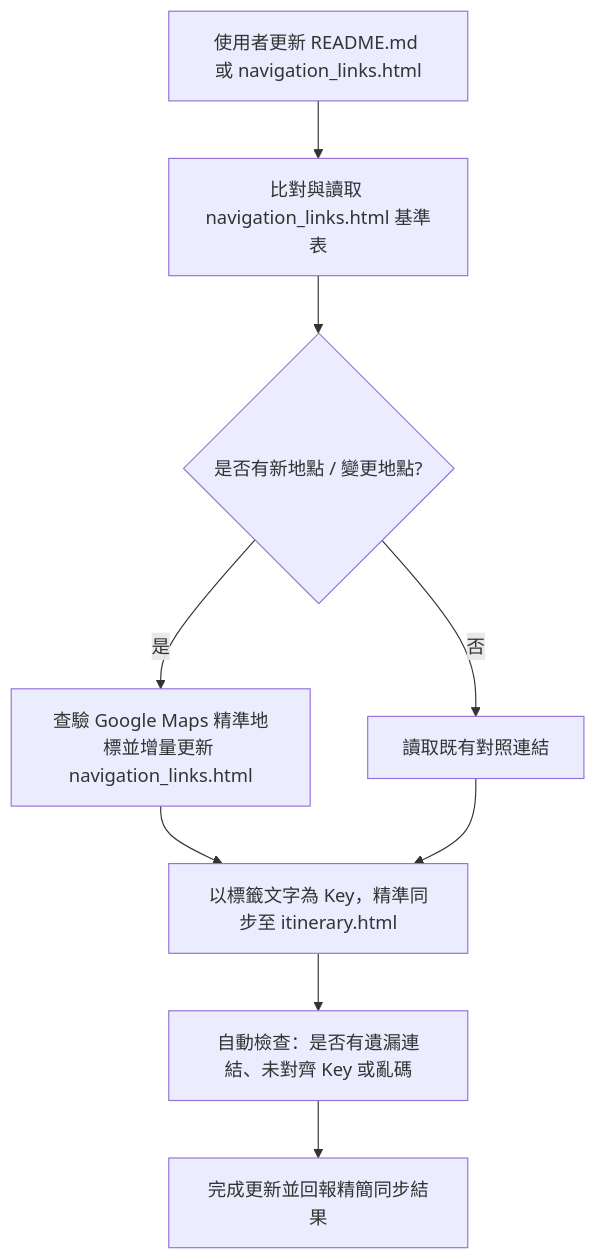
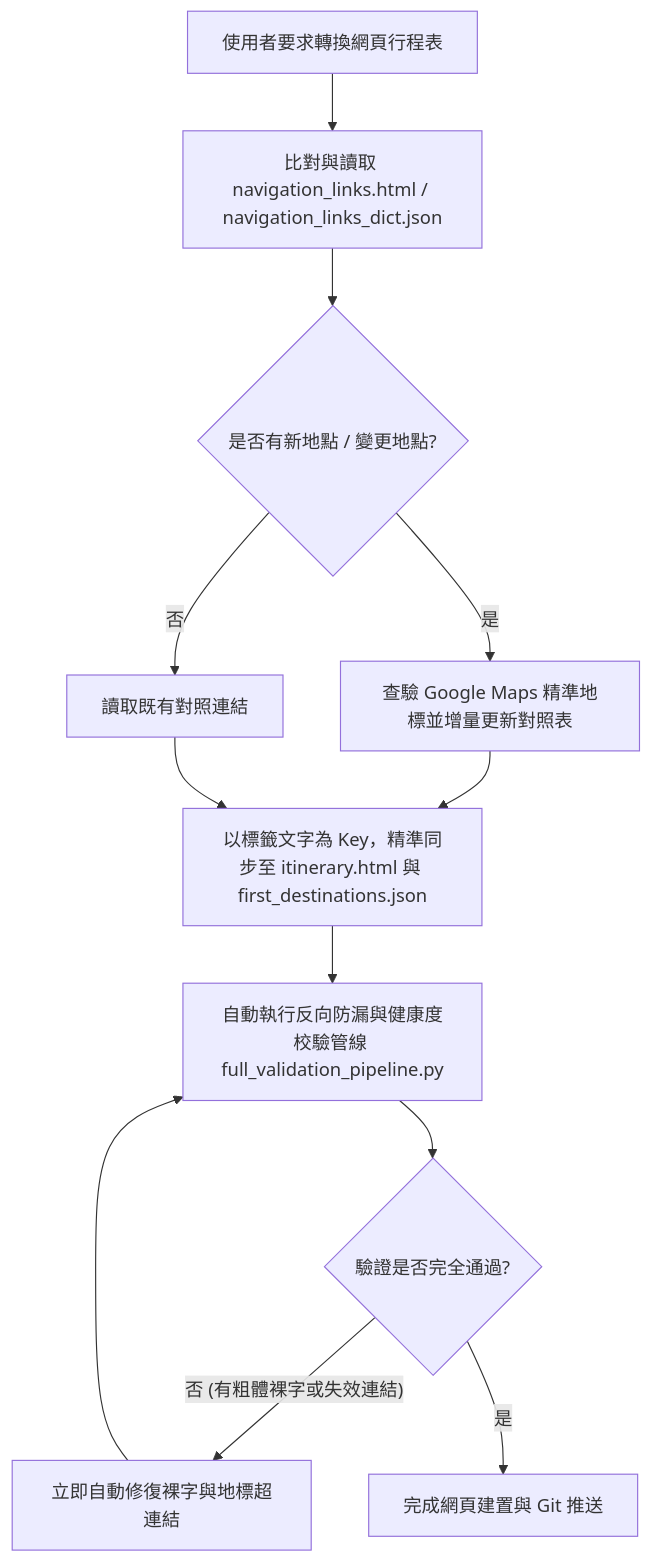
Before and after one commit to owenpeng811/2026tokyo: the diagram in .agents/skills/generate-travel-itinerary/SKILL.md, drawn with Mermaid. The commit also changed other lines of this file and 1 other file, not shown here.

Commit message:
docs(skills): update generate-travel-itinerary and travel-itinerary-auditor with all session requirements and linting rules

````diff
--- a/.agents/skills/generate-travel-itinerary/SKILL.md
+++ b/.agents/skills/generate-travel-itinerary/SKILL.md
@@ -102,11 +110,14 @@
 ```mermaid
 flowchart TD
-    A[使用者更新 README.md 或 navigation_links.html] --> B[比對與讀取 navigation_links.html 基準表]
+    A[使用者要求轉換網頁行程表] --> B[比對與讀取 navigation_links.html / navigation_links_dict.json]
     B --> C{是否有新地點 / 變更地點?}
-    C -- 是 --> D[查驗 Google Maps 精準地標並增量更新 navigation_links.html]
+    C -- 是 --> D[查驗 Google Maps 精準地標並增量更新對照表]
     C -- 否 --> E[讀取既有對照連結]
-    D --> F[以標籤文字為 Key，精準同步至 itinerary.html]
+    D --> F[以標籤文字為 Key，精準同步至 itinerary.html 與 first_destinations.json]
     E --> F
-    F --> G[自動檢查：是否有遺漏連結、未對齊 Key 或亂碼]
-    G --> H[完成更新並回報精簡同步結果]
+    F --> G[自動執行反向防漏與健康度校驗管線 full_validation_pipeline.py]
+    G --> H{驗證是否完全通過?}
+    H -- 否 (有粗體裸字或失效連結) --> I[立即自動修復裸字與地標超連結]
+    I --> G
+    H -- 是 --> J[完成網頁建置與 Git 推送]
 ```
````
